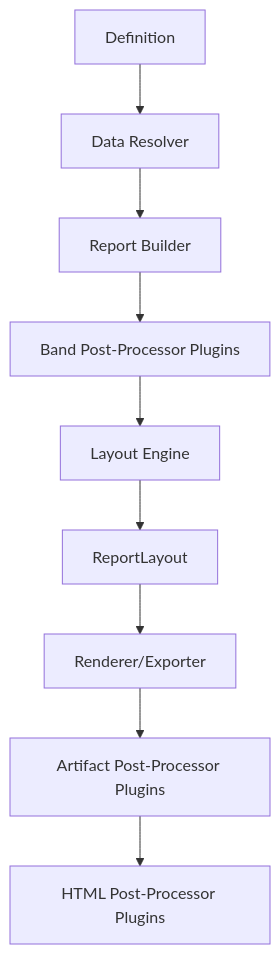
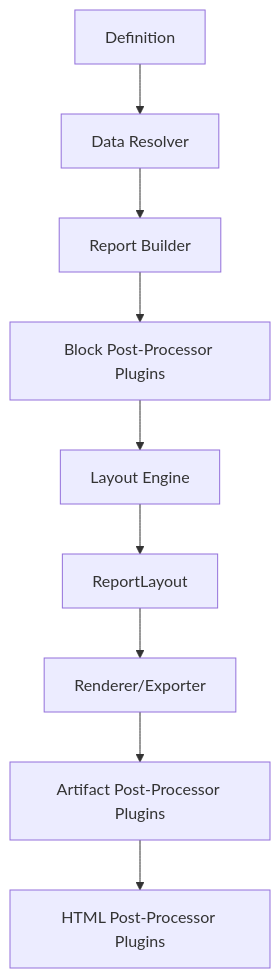
One commit to Netcodr81/kinetic-reports changed the diagram in docs/07-extension-points.md. Above: the diagram before and after it, drawn with Mermaid. The commit also changed other lines of this file and 49 other files, not shown here.

````diff
--- a/docs/07-extension-points.md
+++ b/docs/07-extension-points.md
@@ -24,11 +24,11 @@
 ```mermaid
 flowchart TB
 	A[Definition] --> B[Data Resolver]
 	B --> C[Report Builder]
-	C --> D[Band Post-Processor Plugins]
+	C --> D[Block Post-Processor Plugins]
 	D --> E[Layout Engine]
 	E --> F[ReportLayout]
 	F --> G[Renderer/Exporter]
 	G --> H[Artifact Post-Processor Plugins]
 	H --> I[HTML Post-Processor Plugins]
 ```
````
